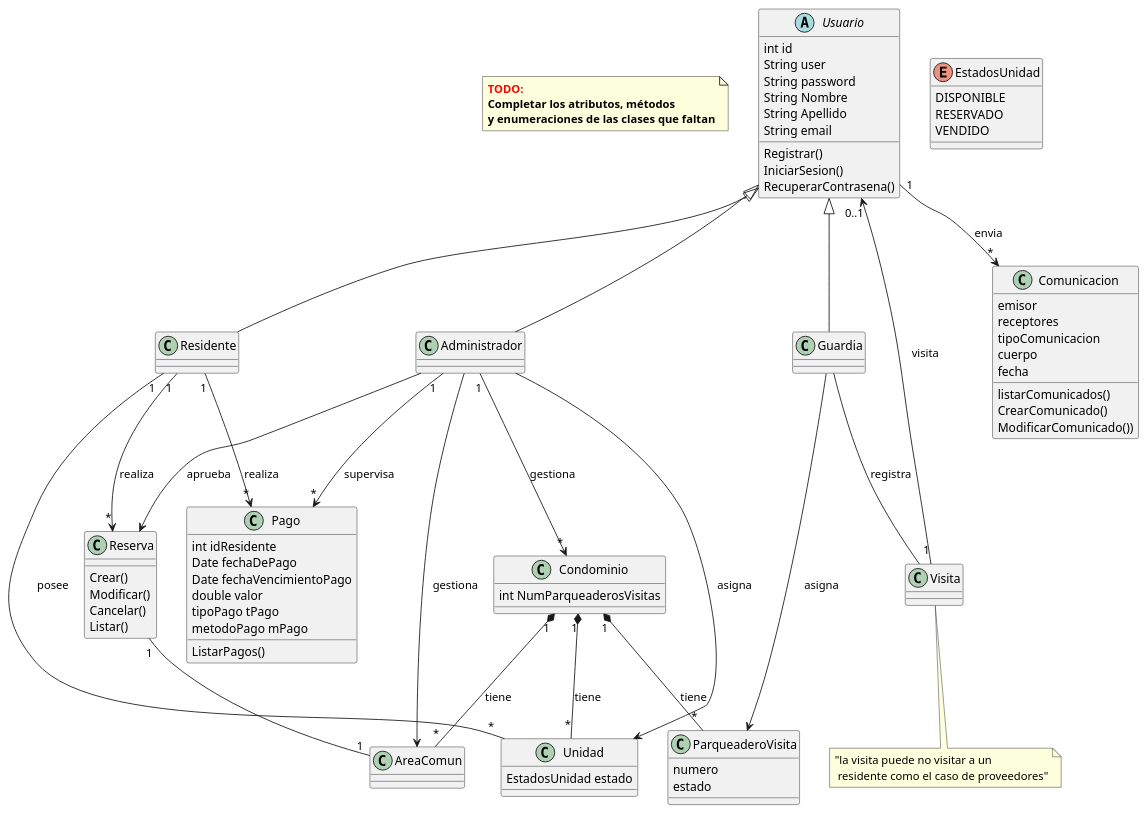
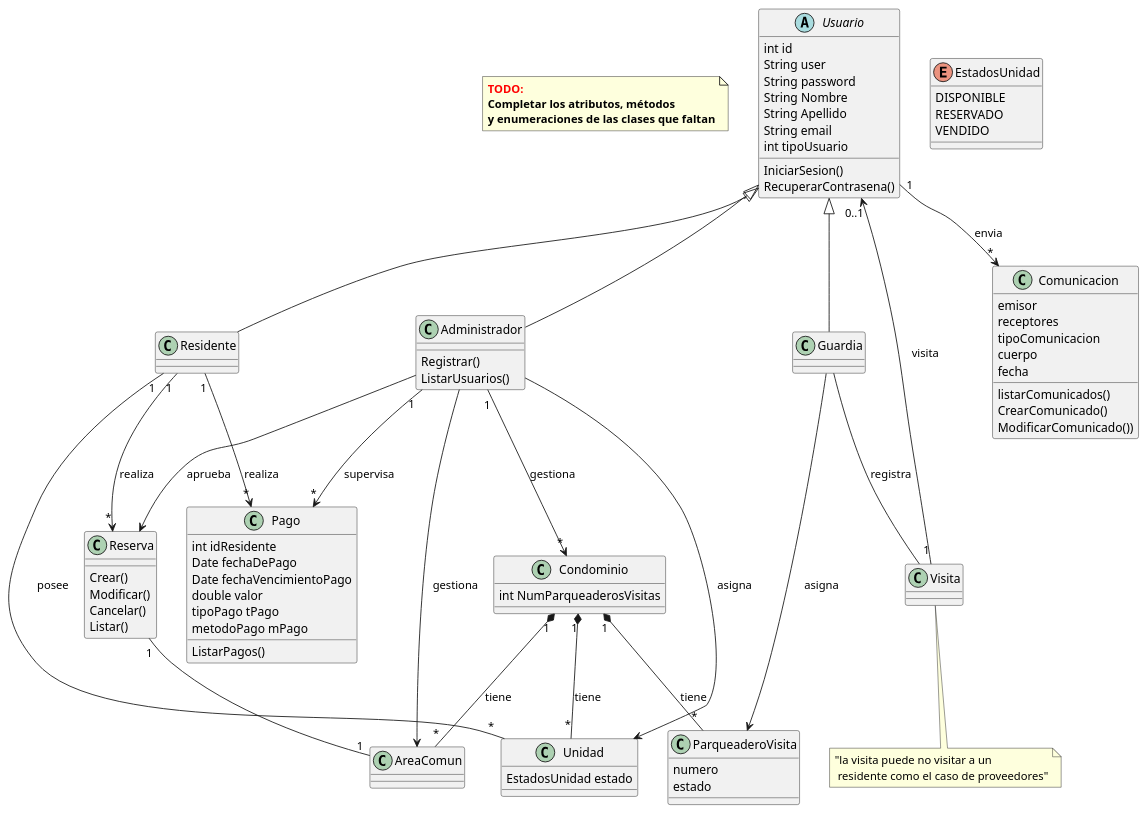
Before and after one commit to richardriverag/Condominio: the diagram in src/main/java/condominio/DiagramaDeClases.puml, drawn with PlantUML. The commit also changed 9 other files, not shown here.

```diff
--- a/src/main/java/condominio/DiagramaDeClases.puml
+++ b/src/main/java/condominio/DiagramaDeClases.puml
@@ -1,108 +1,111 @@
 @startuml
 'https://plantuml.com/class-diagram
 note as N1
     <b><color: Red>TODO:
     <b>Completar los atributos, métodos
     <b>y enumeraciones de las clases que faltan
 end note
 abstract class Usuario
 {
     {field} int id
     {field} String user
     {field} String password
     {field} String Nombre
     {field} String Apellido
     {field} String email
-    {method} Registrar()
+    {field} int tipoUsuario
     {method} IniciarSesion()
     {method} RecuperarContrasena()
-    '{method} ListarUsuarios()
 }
-class Administrador
+class Administrador 
+{
+    {method} Registrar()
+    {method} ListarUsuarios()
+}
 class Residente
 class Guardia
 class Condominio
 {
     int NumParqueaderosVisitas
 }
 class Unidad
 {
     {field} EstadosUnidad estado
 }
 ' enumeración de estados: disponible, reservado, vendido
 enum EstadosUnidad {
  DISPONIBLE
  RESERVADO
  VENDIDO
 }
 class Reserva{
     {method} Crear()
     {method} Modificar()
     {method} Cancelar()
     {method} Listar()
 }
 class AreaComun
 class Visita
 note bottom: "la visita puede no visitar a un \n residente como el caso de proveedores"
 
 class Pago
 {
     {field} int idResidente
     {field} Date fechaDePago
     {field} Date fechaVencimientoPago
     {field} double valor
     {field} tipoPago tPago
     ' enum alicuota o extraordinaria
     {field} metodoPago mPago
     ' enum metodoPago: efectivo, tarjetas de crédito,
     'tarjetas de débito o transferencia
     {method} ListarPagos()
     ' crear pago....
 }
 
 
 
 class ParqueaderoVisita
 {
     {field} numero
     {field} estado
     ' enumeración de estados: disponible u ocupado
 }
 
 class Comunicacion
 {
     {field} emisor
     {field} receptores
     {field} tipoComunicacion
     'enumeración tipoComunicacion:
     'alerta, directo, anuncio, visita, reservas, pagos
     {field} cuerpo
     {field} fecha
     {method} listarComunicados()
     {method} CrearComunicado()
     {method} ModificarComunicado())
 }
 
 Usuario <|-- Administrador
 Usuario <|-- Residente
 Usuario <|-- Guardia
 Administrador "1"--> "*" Condominio: gestiona
 Administrador --> AreaComun: gestiona
 Administrador --> Reserva: aprueba
 Residente "1"-- "*"Unidad: posee
 Condominio "1" *-- "*"Unidad: tiene
 Condominio "1"*-- "*"AreaComun: tiene
 Condominio "1"*-- "*"ParqueaderoVisita: tiene
 Guardia -- Visita: registra
 Guardia --> ParqueaderoVisita: asigna
 'Residente -- AreaComun
 Reserva "1" -- "1" AreaComun
 Usuario "0..1"<-- "1"Visita: visita
 Residente "1" --> "*"Reserva: realiza
 Residente "1" --> "*" Pago: realiza
 Administrador --> Unidad: asigna
 Usuario "1" --> "*" Comunicacion: envia
 Administrador"1" --> "*"Pago: supervisa
 
 'una enumeración para los tipos de unidades
 @enduml
```
